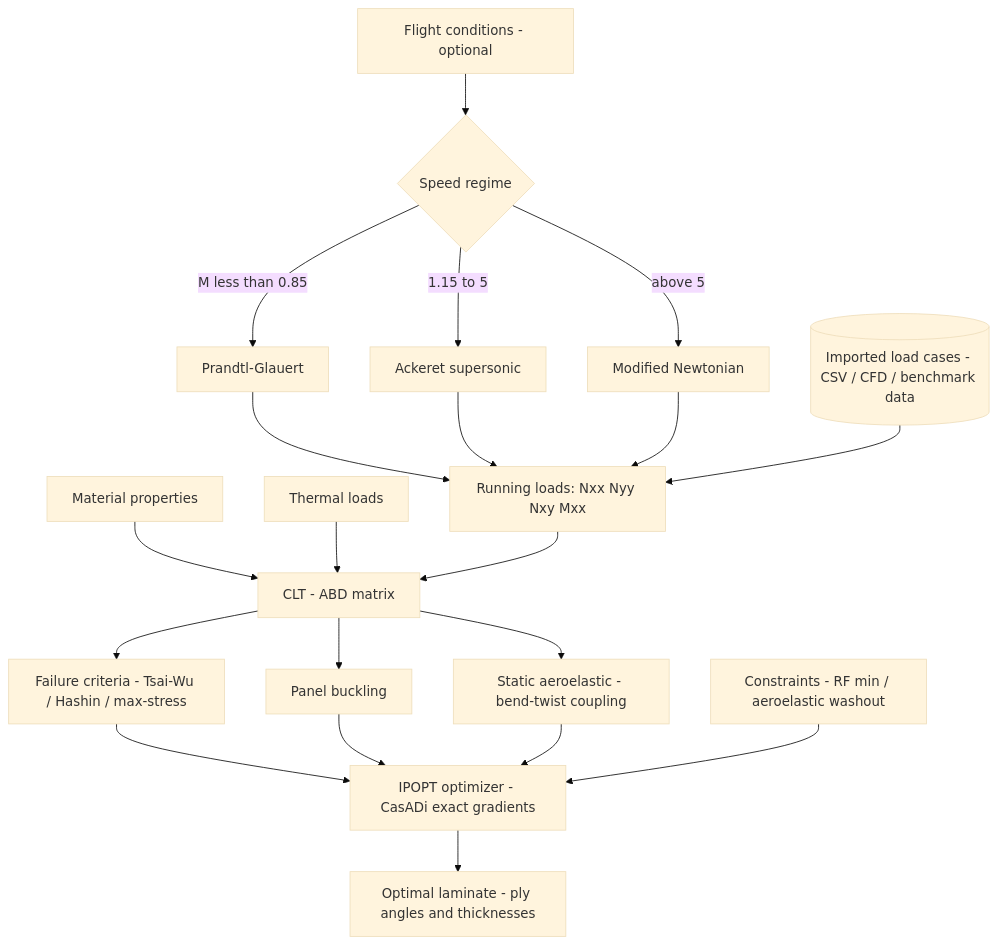
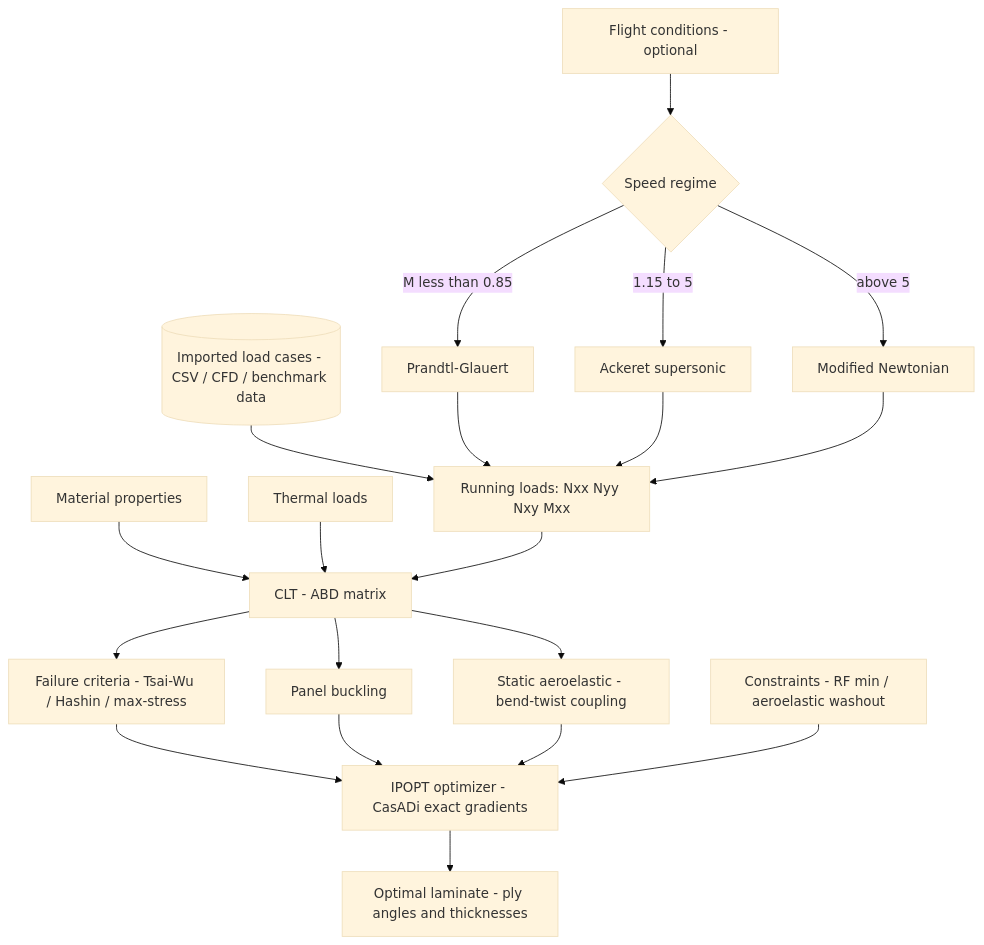
The diagram in README.md (rootAmos/ss_comp_panel), drawn with Mermaid (base theme) before and after one commit. The commit also changed other lines of this file and 5 other files, not shown here.

````diff
--- a/README.md
+++ b/README.md
@@ -10,26 +10,26 @@
 ```mermaid
 graph TD
+    DB[(Imported load cases - CSV / CFD / benchmark data)] --> RL[Running loads: Nxx Nyy Nxy Mxx]
     FC[Flight conditions - optional] --> regime{Speed regime}
     regime -->|M less than 0.85| PG[Prandtl-Glauert]
     regime -->|1.15 to 5| AC[Ackeret supersonic]
     regime -->|above 5| MN[Modified Newtonian]
-    PG --> RL[Running loads: Nxx Nyy Nxy Mxx]
+    PG --> RL
     AC --> RL
     MN --> RL
-    DB[(Imported load cases - CSV / CFD / benchmark data)] --> RL
 
     MAT[Material properties] --> CLT[CLT - ABD matrix]
     TH[Thermal loads] --> CLT
     RL --> CLT
 
     CLT --> FA[Failure criteria - Tsai-Wu / Hashin / max-stress]
     CLT --> BK[Panel buckling]
     CLT --> AE[Static aeroelastic - bend-twist coupling]
 
     FA --> OPT[IPOPT optimizer - CasADi exact gradients]
     BK --> OPT
     AE --> OPT
     CON[Constraints - RF min / aeroelastic washout] --> OPT
 
     OPT --> OUT[Optimal laminate - ply angles and thicknesses]
 ```
````
